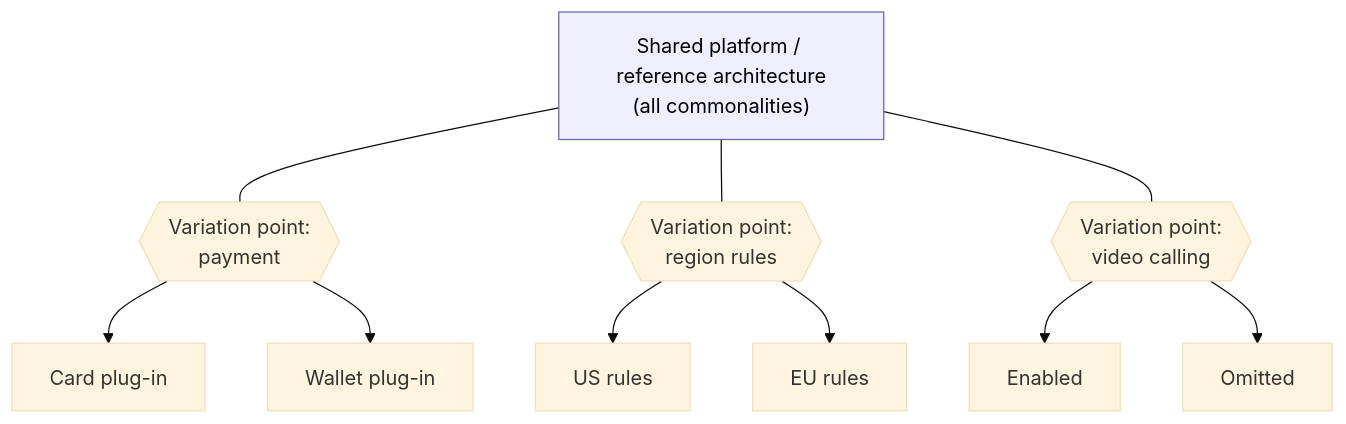
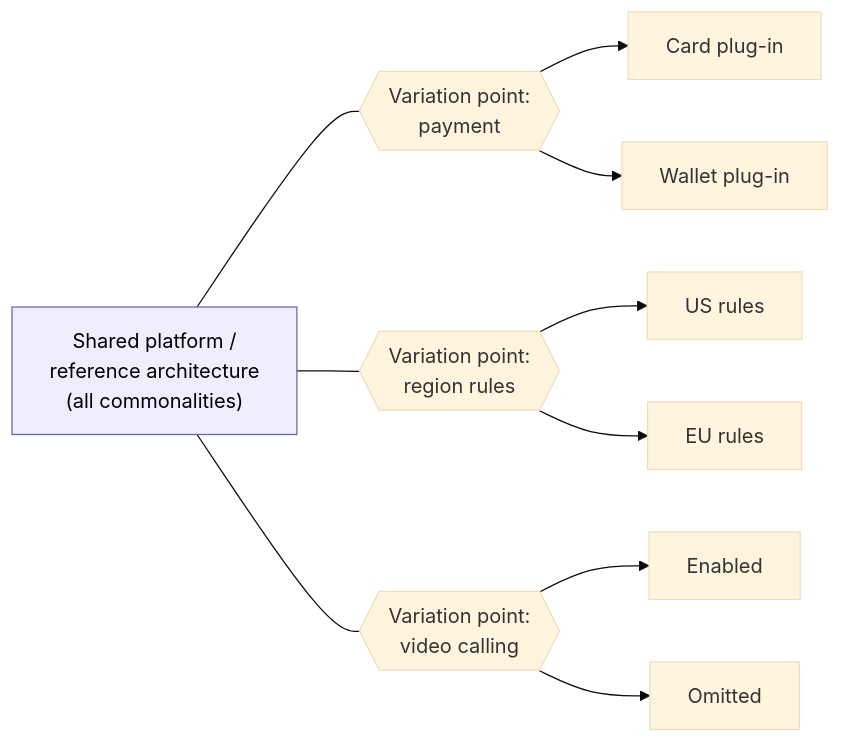
One commit to vrthra/open-swe-book changed the tenth of 11 diagrams in chapters/07-architectural-patterns/README.md. Above: the diagram before and after it, drawn with Mermaid (base theme). The commit also changed other lines of this file and 23 other files, not shown here.

Commit message:
Update tab order and fixed diagrams

````diff
--- a/chapters/07-architectural-patterns/README.md
+++ b/chapters/07-architectural-patterns/README.md
@@ -1157,18 +1168,18 @@
 ```mermaid
-flowchart TD
-    Core["Shared platform / reference architecture<br/>(all commonalities)"]
+flowchart LR
+    Core["Shared platform /<br/>reference architecture<br/>(all commonalities)"]
     VP1{{"Variation point:<br/>payment"}}
     VP2{{"Variation point:<br/>region rules"}}
     VP3{{"Variation point:<br/>video calling"}}
     Core --- VP1
     Core --- VP2
     Core --- VP3
     VP1 --> A1[Card plug-in]
     VP1 --> A2[Wallet plug-in]
     VP2 --> B1[US rules]
     VP2 --> B2[EU rules]
     VP3 --> C1[Enabled]
     VP3 --> C2[Omitted]
     classDef core fill:#eef,stroke:#66a,color:#000;
     class Core core;
 ```
````
